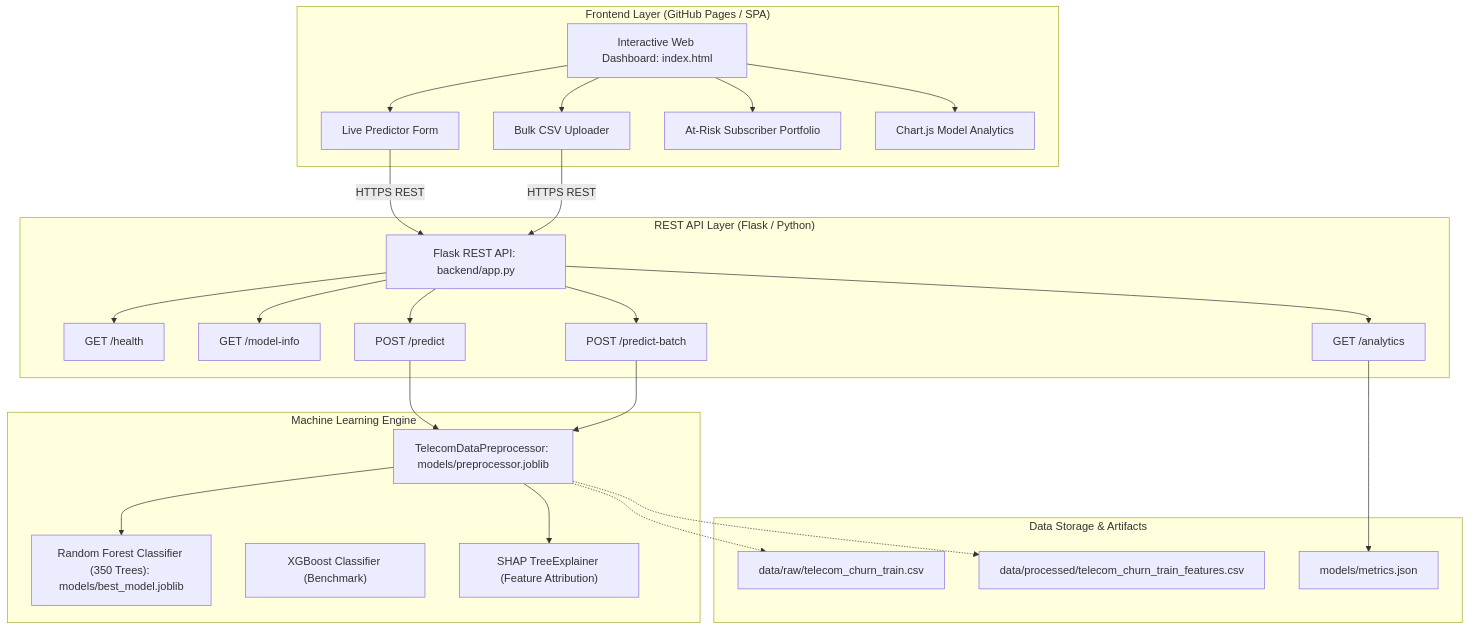
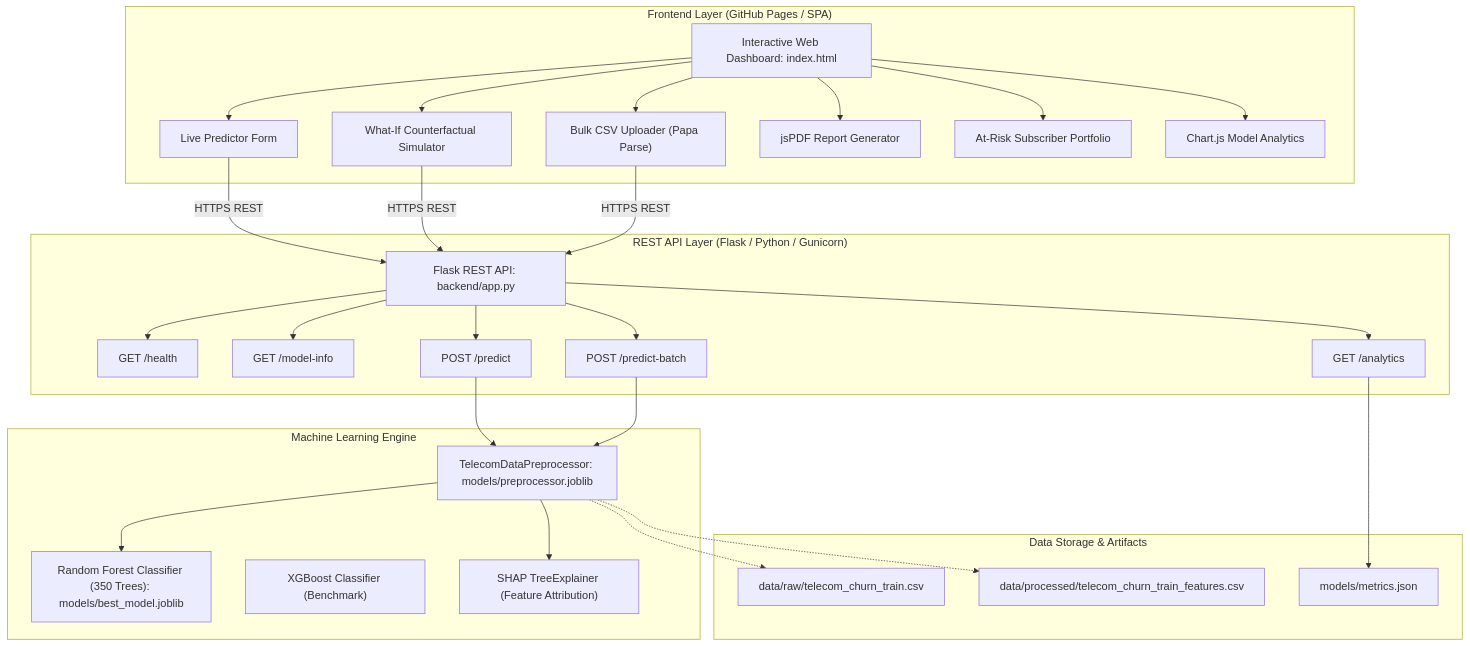
One commit to UMARMUKTHAR03/customer-churn-prediction changed the diagram in README.md. Above: the diagram before and after it, drawn with Mermaid. The commit also changed other lines of this file and 18 other files, not shown here.

Commit message:
feat: complete ChurnIQ rebrand, What-If simulator, Papa Parse CSV parsing, jsPDF report export, Docker & CI/CD workflow

````diff
--- a/README.md
+++ b/README.md
@@ -57,39 +66,41 @@
 ```mermaid
 graph TD
     subgraph "Frontend Layer (GitHub Pages / SPA)"
-        UI[Interactive Web Dashboard: index.html]
-        LP[Live Predictor Form]
-        BP[Bulk CSV Uploader]
-        AP[At-Risk Subscriber Portfolio]
-        AN[Chart.js Model Analytics]
+        UI["Interactive Web Dashboard: index.html"]
+        LP["Live Predictor Form"]
+        WI["What-If Counterfactual Simulator"]
+        BP["Bulk CSV Uploader (Papa Parse)"]
+        PDF["jsPDF Report Generator"]
+        AP["At-Risk Subscriber Portfolio"]
+        AN["Chart.js Model Analytics"]
     end
 
-    subgraph "REST API Layer (Flask / Python)"
-        API[Flask REST API: backend/app.py]
+    subgraph "REST API Layer (Flask / Python / Gunicorn)"
+        API["Flask REST API: backend/app.py"]
         H_EP["GET /health"]
         M_EP["GET /model-info"]
         A_EP["GET /analytics"]
         P_EP["POST /predict"]
         PB_EP["POST /predict-batch"]
     end
 
     subgraph "Machine Learning Engine"
-        PREP[TelecomDataPreprocessor: models/preprocessor.joblib]
+        PREP["TelecomDataPreprocessor: models/preprocessor.joblib"]
         RF["Random Forest Classifier (350 Trees): models/best_model.joblib"]
         XGB["XGBoost Classifier (Benchmark)"]
         SHAP["SHAP TreeExplainer (Feature Attribution)"]
     end
 
     subgraph "Data Storage & Artifacts"
         RAW["data/raw/telecom_churn_train.csv"]
         PROC["data/processed/telecom_churn_train_features.csv"]
         METRICS["models/metrics.json"]
     end
 
-    UI --> LP & BP & AP & AN
-    LP & BP -->|HTTPS REST| API
+    UI --> LP & WI & BP & PDF & AP & AN
+    LP & WI & BP -->|HTTPS REST| API
     API --> H_EP & M_EP & A_EP & P_EP & PB_EP
     P_EP & PB_EP --> PREP --> RF & SHAP
     A_EP --> METRICS
     PREP -.-> RAW & PROC
 ```
````
